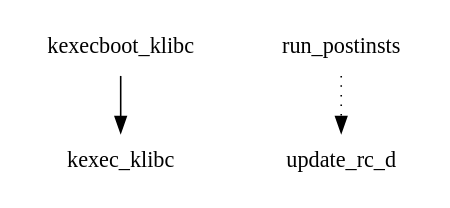
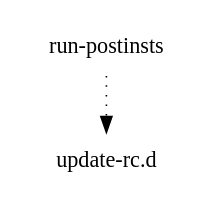
One commit to shr-distribution/buildhistory-old changed the diagram in images/spitz/eglibc/initramfs-kexecboot-klibc-image/depends-nokernel-nolibc.dot. Above: the diagram before and after it, drawn with Graphviz. The commit also changed 9 other files, not shown here.

```diff
--- a/images/spitz/eglibc/initramfs-kexecboot-klibc-image/depends-nokernel-nolibc.dot
+++ b/images/spitz/eglibc/initramfs-kexecboot-klibc-image/depends-nokernel-nolibc.dot
@@ -1,5 +1,4 @@
 digraph depends {
     node [shape=plaintext]
-kexecboot_klibc -> kexec_klibc;
-run_postinsts -> update_rc_d [style=dotted];
+"run-postinsts" -> "update-rc.d" [style=dotted];
 }
```
